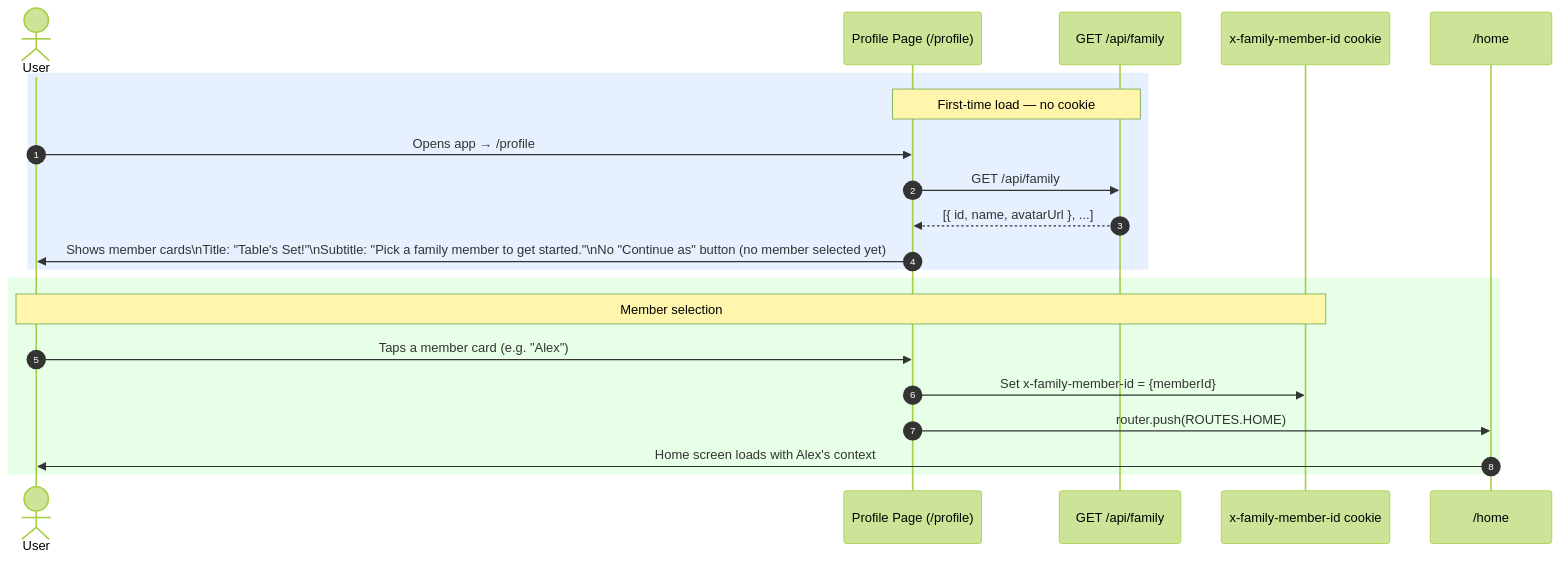
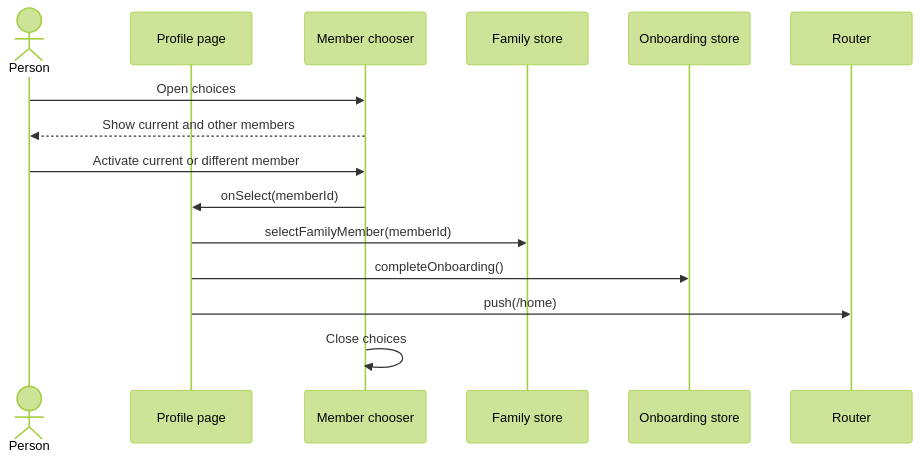
Before and after one commit to AlexandreBrisebois/whats-for-supper: the diagram in docs/flows/user-flows/profile-member-selection.md, drawn with Mermaid (forest theme). The commit also changed other lines of this file and 350 other files, not shown here.

First line of the commit message:
Snapshot ongoing profile, Home and telemetry work into main

````diff
--- a/docs/flows/user-flows/profile-member-selection.md
+++ b/docs/flows/user-flows/profile-member-selection.md
@@ -41,26 +27,17 @@
 ```mermaid
 sequenceDiagram
-    autonumber
-
-    actor User
-    participant Profile as Profile Page (/profile)
-    participant API as GET /api/family
-    participant Cookie as x-family-member-id cookie
-    participant Home as /home
-
-    rect rgb(230, 240, 255)
-        note over Profile,API: First-time load — no cookie
-        User->>Profile: Opens app → /profile
-        Profile->>API: GET /api/family
-        API-->>Profile: [{ id, name, avatarUrl }, ...]
-        Profile->>User: Shows member cards\nTitle: "Table's Set!"\nSubtitle: "Pick a family member to get started."\nNo "Continue as" button (no member selected yet)
-    end
-
-    rect rgb(230, 255, 230)
-        note over User,Cookie: Member selection
-        User->>Profile: Taps a member card (e.g. "Alex")
-        Profile->>Cookie: Set x-family-member-id = {memberId}
-        Profile->>Home: router.push(ROUTES.HOME)
-        Home->>User: Home screen loads with Alex's context
-    end
+    actor Person
+    participant Profile as Profile page
+    participant Chooser as Member chooser
+    participant Store as Family store
+    participant Onboarding as Onboarding store
+    participant Router as Router
+    Person->>Chooser: Open choices
+    Chooser-->>Person: Show current and other members
+    Person->>Chooser: Activate current or different member
+    Chooser->>Profile: onSelect(memberId)
+    Profile->>Store: selectFamilyMember(memberId)
+    Profile->>Onboarding: completeOnboarding()
+    Profile->>Router: push(/home)
+    Chooser->>Chooser: Close choices
 ```
````
